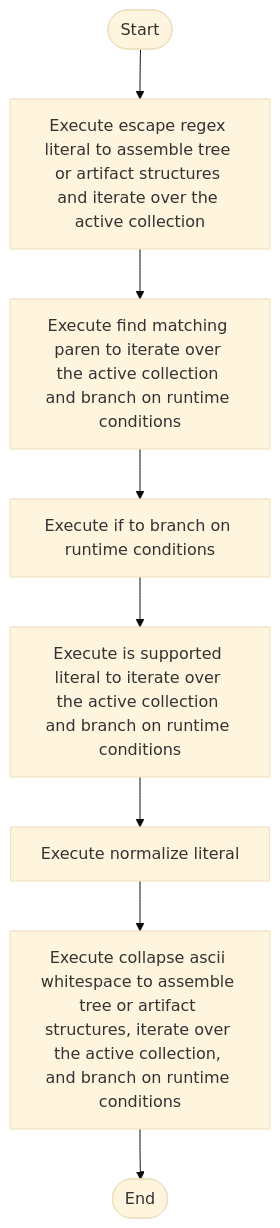
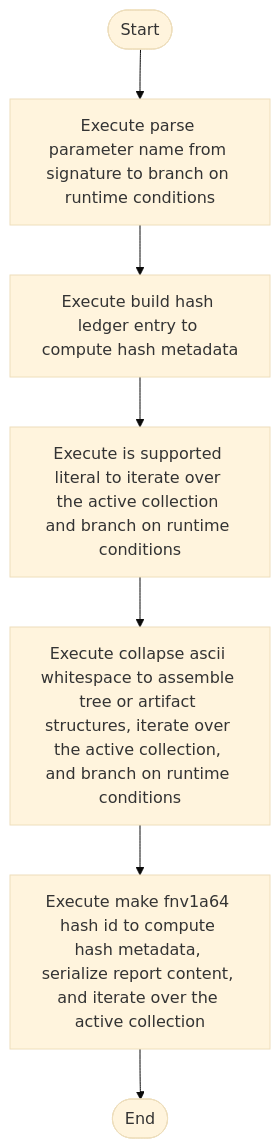
The diagram in docs/Codebase/Microservice/Modules/Source/Creational/Transform/creational_transform_factory_reverse_parse_literals.cpp.md (JohnAndrewBalbarosa/NeoTerritory), drawn with Mermaid (base theme) before and after one commit. The commit also changed 148 other files, not shown here.

````diff
--- a/docs/Codebase/Microservice/Modules/Source/Creational/Transform/creational_transform_factory_reverse_parse_literals.cpp.md
+++ b/docs/Codebase/Microservice/Modules/Source/Creational/Transform/creational_transform_factory_reverse_parse_literals.cpp.md
@@ -36,18 +36,16 @@
 ```mermaid
 flowchart TD
     Start([Start])
-    N0[Execute escape regex literal to assemble tree or artifact structures and iterate over the active collection]
-    N1[Execute find matching paren to iterate over the active collection and branch on runtime conditions]
-    N2[Execute if to branch on runtime conditions]
-    N3[Execute is supported literal to iterate over the active collection and branch on runtime conditions]
-    N4[Execute normalize literal]
-    N5[Execute collapse ascii whitespace to assemble tree or artifact structures, iterate over the active collection, and branch on runtime conditions]
+    N0[Execute parse parameter name from signature to branch on runtime conditions]
+    N1[Execute build hash ledger entry to compute hash metadata]
+    N2[Execute is supported literal to iterate over the active collection and branch on runtime conditions]
+    N3[Execute collapse ascii whitespace to assemble tree or artifact structures, iterate over the active collection, and branch on runtime conditions]
+    N4[Execute make fnv1a64 hash id to compute hash metadata, serialize report content, and iterate over the active collection]
     End([End])
     Start --> N0
     N0 --> N1
     N1 --> N2
     N2 --> N3
     N3 --> N4
-    N4 --> N5
-    N5 --> End
+    N4 --> End
 ```
````
